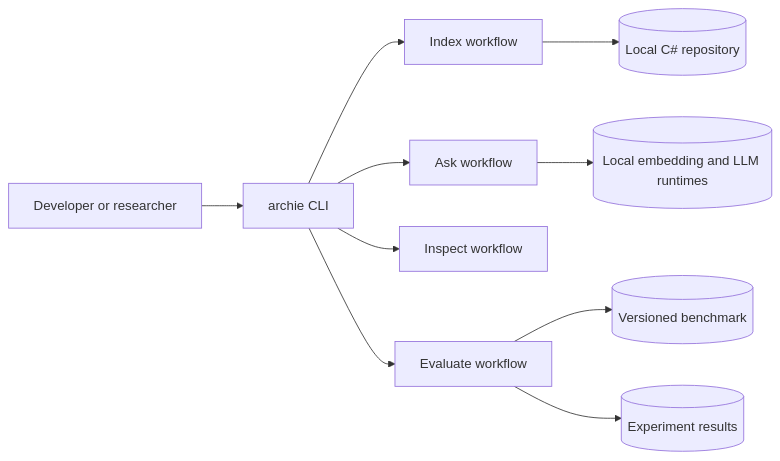
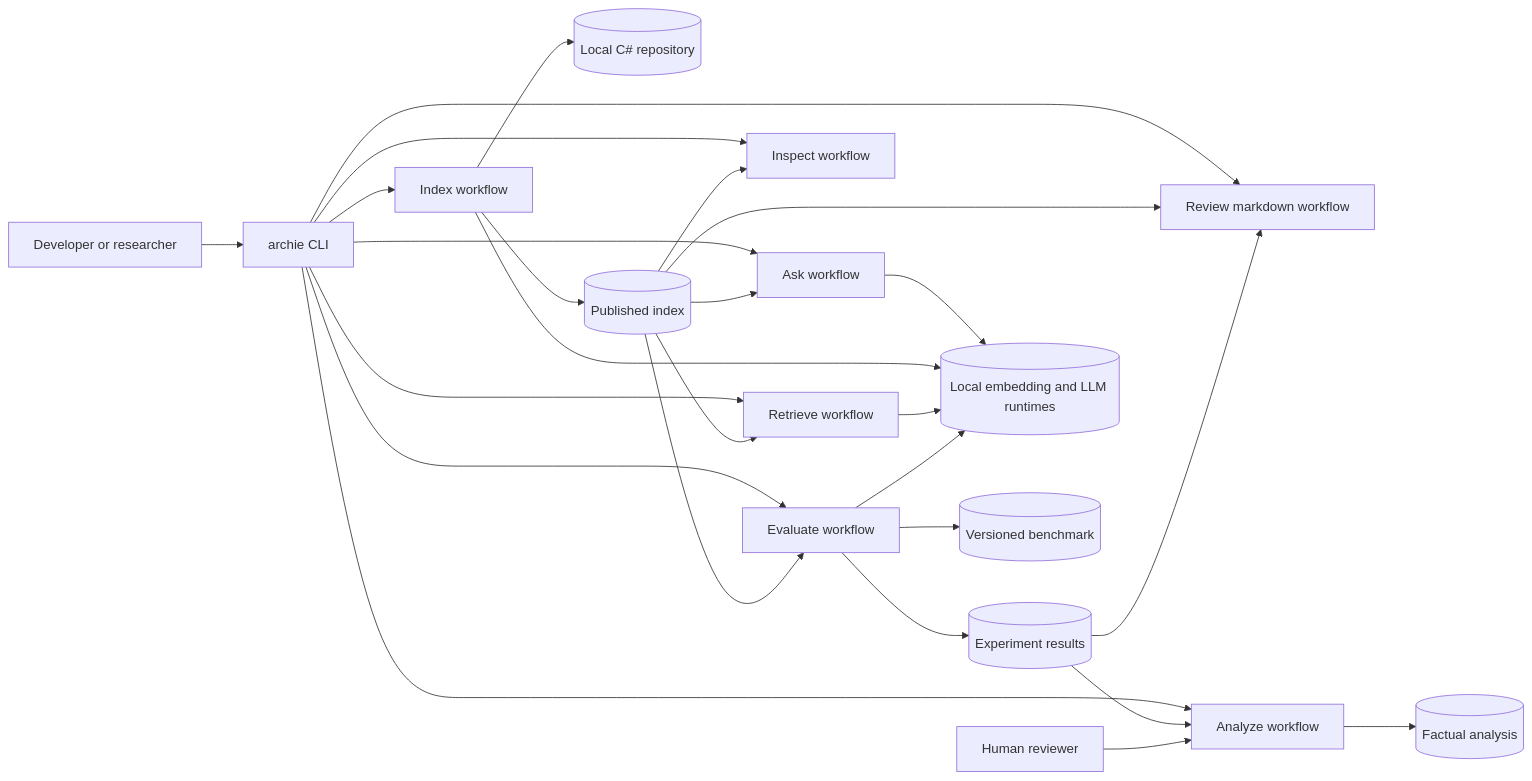
One commit to LeVortic/archie-graphs changed the first of 5 diagrams in ARCHITECTURE.md. Above: the diagram before and after it, drawn with Mermaid. The commit also changed other lines of this file and 3 other files, not shown here.

First line of the commit message:
docs(architecture & V1 portability)

````diff
--- a/ARCHITECTURE.md
+++ b/ARCHITECTURE.md
@@ -13,12 +13,21 @@
 ```mermaid
 flowchart LR
     User[Developer or researcher] --> CLI[archie CLI]
     CLI --> Index[Index workflow]
     CLI --> Ask[Ask workflow]
     CLI --> Inspect[Inspect workflow]
     CLI --> Evaluate[Evaluate workflow]
+    CLI --> Retrieve[Retrieve workflow]
+    CLI --> Review[Review markdown workflow]
+    CLI --> Analyze[Analyze workflow]
     Index --> Repo[(Local C# repository)]
+    Index --> Published[(Published index)]
+    Published --> Ask & Inspect & Retrieve & Evaluate & Review
+    Results --> Review & Analyze
+    Human[Human reviewer] --> Analyze
+    Analyze --> Scores[(Factual analysis)]
     Ask --> LocalModels[(Local embedding and LLM runtimes)]
+    Index & Retrieve & Evaluate --> LocalModels
     Evaluate --> Benchmark[(Versioned benchmark)]
     Evaluate --> Results[(Experiment results)]
 ```
````
